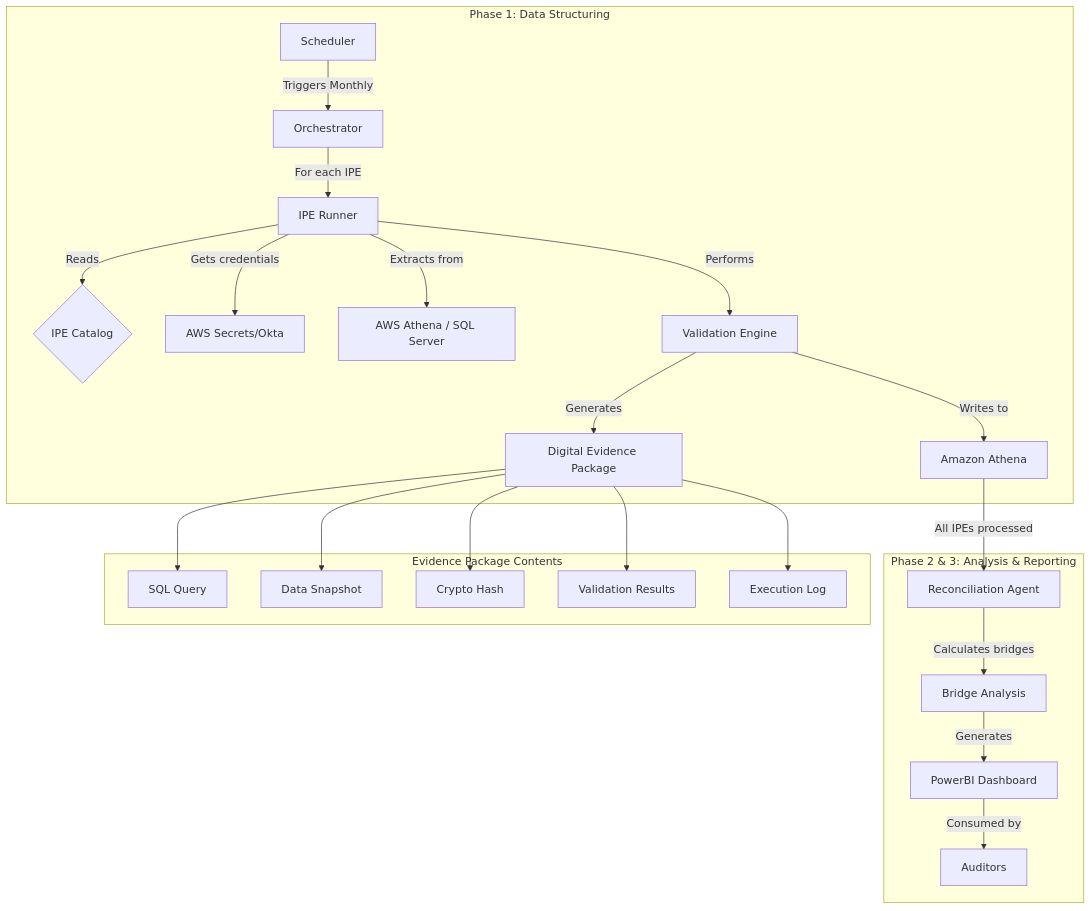
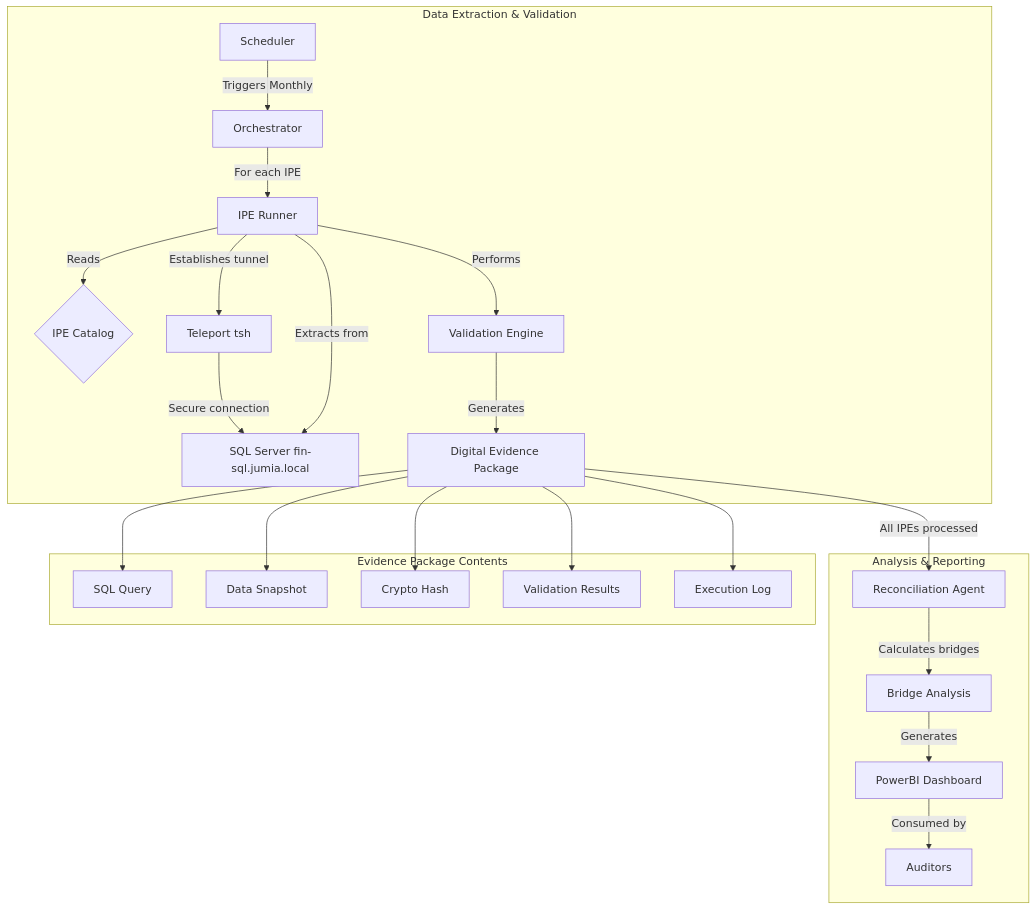
One commit to gvern/SOXauto changed the diagram in README.md. Above: the diagram before and after it, drawn with Mermaid. The commit also changed other lines of this file and 3 other files, not shown here.

Commit message:
Update main documentation to reflect Teleport architecture

````diff
--- a/README.md
+++ b/README.md
@@ -80,28 +72,28 @@
 ```mermaid
 graph TD
-    subgraph "Phase 1: Data Structuring"
+    subgraph "Data Extraction & Validation"
         A[Scheduler] -- Triggers Monthly --> B[Orchestrator]
         B -- For each IPE --> C[IPE Runner]
         C -- Reads --> D{IPE Catalog}
-        C -- Gets credentials --> E[AWS Secrets/Okta]
-        C -- Extracts from --> F[AWS Athena / SQL Server]
+        C -- Establishes tunnel --> E[Teleport tsh]
+        E -- Secure connection --> F[SQL Server fin-sql.jumia.local]
+        C -- Extracts from --> F
         C -- Performs --> G[Validation Engine]
         G -- Generates --> H[Digital Evidence Package]
-        G -- Writes to --> I[Amazon Athena]
     end
 
-    subgraph "Phase 2 & 3: Analysis & Reporting"
-        I -- All IPEs processed --> K[Reconciliation Agent]
+    subgraph "Analysis & Reporting"
+        H -- All IPEs processed --> K[Reconciliation Agent]
         K -- Calculates bridges --> L[Bridge Analysis]
         L -- Generates --> M[PowerBI Dashboard]
         M -- Consumed by --> N[Auditors]
     end
     
     subgraph "Evidence Package Contents"
         H --> O[SQL Query]
         H --> P[Data Snapshot]
         H --> Q[Crypto Hash]
         H --> R[Validation Results]
         H --> S[Execution Log]
     end
 ```
````
